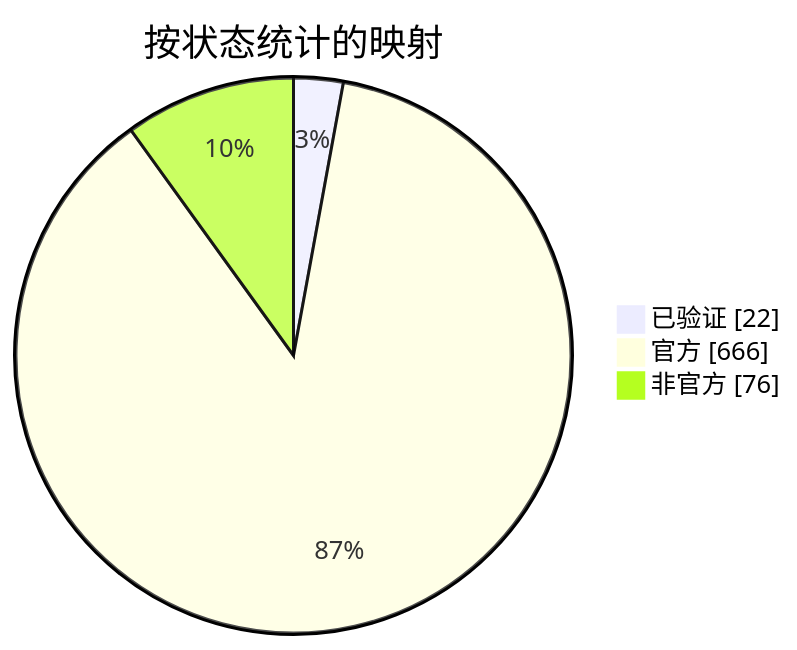
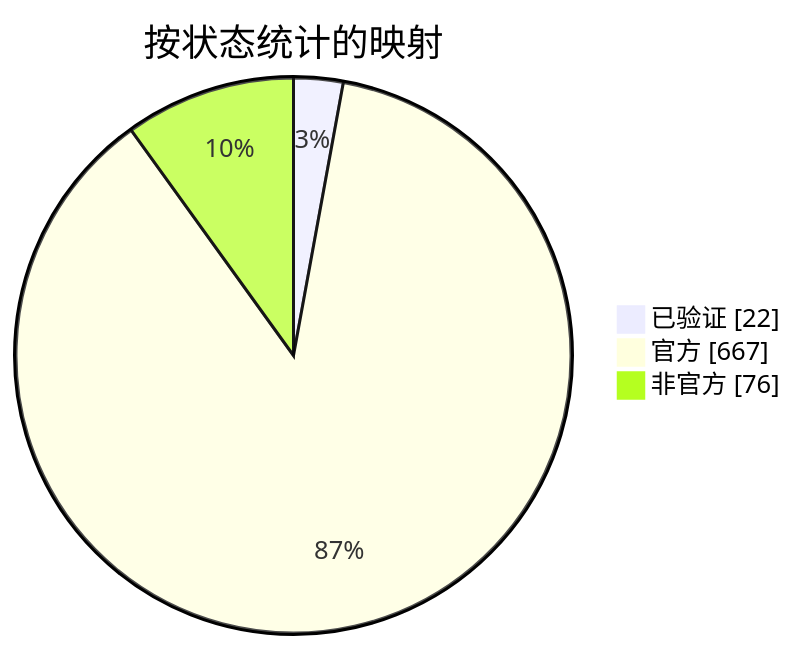
The diagram in docs/readme/README_ZHS.md (nobrega8/mbmap-library), drawn with Mermaid before and after one commit. The commit also changed 6 other files, not shown here.

Commit message:
Add EQUYSIS Ultra-TT ultrasonic flow meter map (closes #592) (#610)

````diff
--- a/docs/readme/README_ZHS.md
+++ b/docs/readme/README_ZHS.md
@@ -54,7 +54,7 @@
 ```mermaid
 pie showData
     title 按状态统计的映射
     "已验证" : 22
-    "官方" : 666
+    "官方" : 667
     "非官方" : 76
 ```
````
